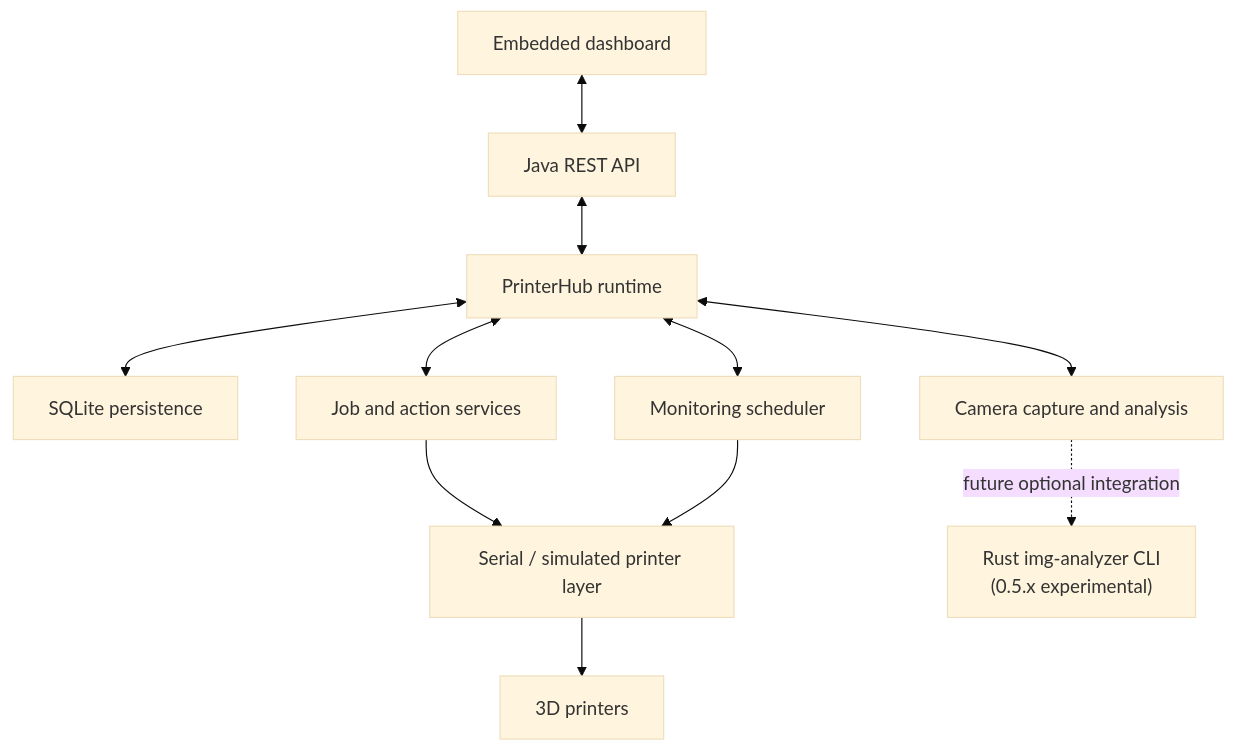
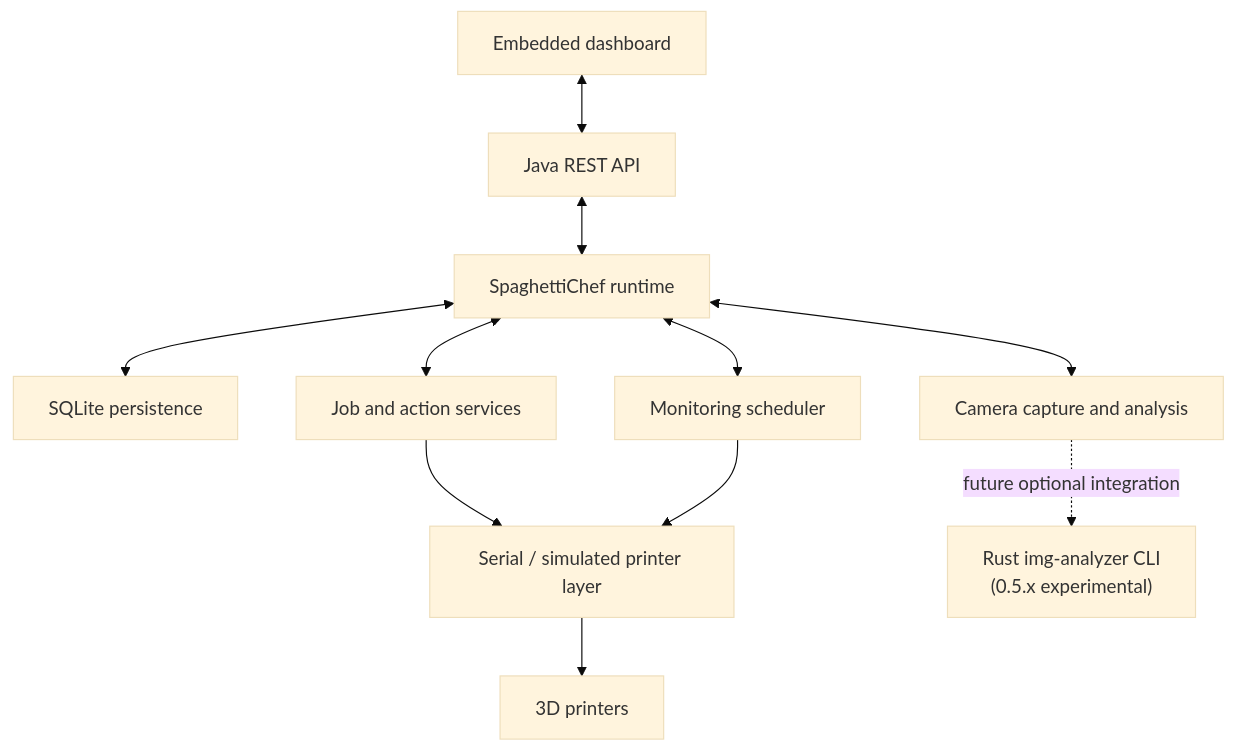
One commit to nathabee/spaghetti-chef changed the first of 4 diagrams in README.md. Above: the diagram before and after it, drawn with Mermaid (base theme). The commit also changed other lines of this file and 474 other files, not shown here.

Commit message:
0.5.1 Rename PrinterHub to SpaghettiChef

````diff
--- a/README.md
+++ b/README.md
@@ -78,24 +78,24 @@
 ```mermaid
 flowchart TB
     dashboard["Embedded dashboard"]
     api["Java REST API"]
-    runtime["PrinterHub runtime"]
+    runtime["SpaghettiChef runtime"]
     db["SQLite persistence"]
     monitoring["Monitoring scheduler"]
     jobs["Job and action services"]
     serial["Serial / simulated printer layer"]
     camera["Camera capture and analysis"]
     rust["Rust img-analyzer CLI<br/>(0.5.x experimental)"]
     printers["3D printers"]
 
     dashboard <--> api
     api <--> runtime
     runtime <--> db
     runtime <--> monitoring
     runtime <--> jobs
     runtime <--> camera
     jobs --> serial
     monitoring --> serial
     serial --> printers
     camera -. future optional integration .-> rust
 ```
````
